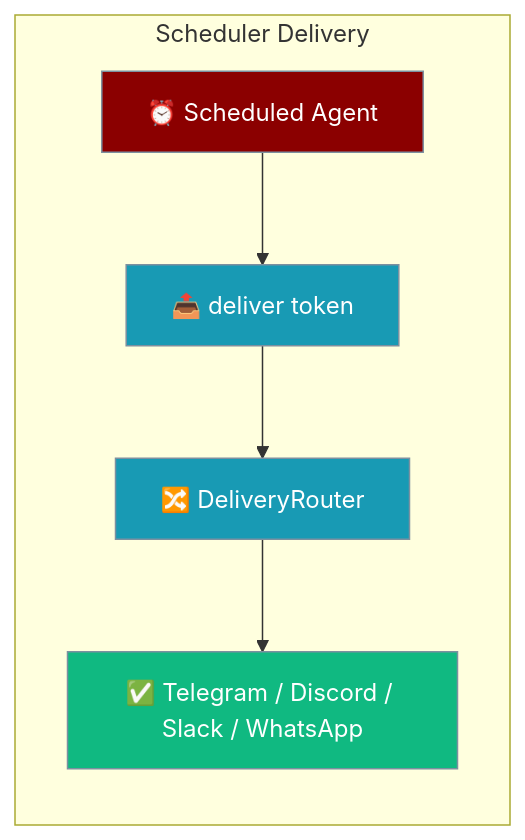
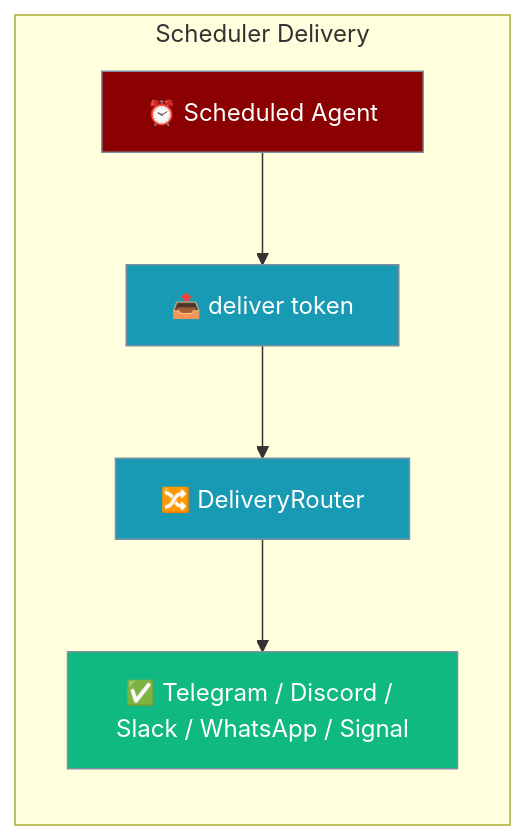
Before and after one commit to MervinPraison/PraisonAIDocs: the first of 15 diagrams in docs/features/scheduler-delivery.mdx, drawn with Mermaid. The commit also changed other lines of this file and 3 other files, not shown here.

First line of the commit message:
docs: standalone WhatsApp + Signal senders and bounded retry for scheduler delivery (fixes #3034)

````diff
--- a/docs/features/scheduler-delivery.mdx
+++ b/docs/features/scheduler-delivery.mdx
@@ -22,16 +22,16 @@
 ```mermaid
 graph LR
     subgraph "Scheduler Delivery"
         A[⏰ Scheduled Agent] --> B[📤 deliver token]
         B --> C[🔀 DeliveryRouter]
-        C --> D[✅ Telegram / Discord / Slack / WhatsApp]
+        C --> D[✅ Telegram / Discord / Slack / WhatsApp / Signal]
     end
 
     classDef agent fill:#8B0000,stroke:#7C90A0,color:#fff
     classDef process fill:#189AB4,stroke:#7C90A0,color:#fff
     classDef output fill:#10B981,stroke:#7C90A0,color:#fff
 
     class A agent
     class B,C process
     class D output
 ```
````
